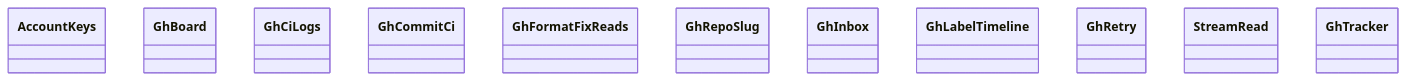
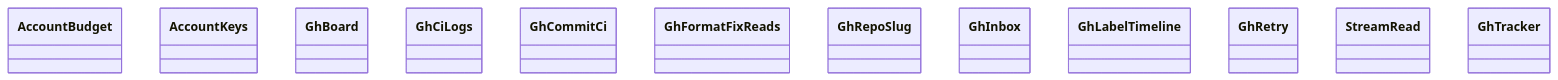
One commit to GonzaloZevallos/agentic-system changed the diagram in docs/architecture/generated/classes-process-adapters-github.md. Above: the diagram before and after it, drawn with Mermaid. The commit also changed 8 other files, not shown here.

Commit message:
Regenerate class docs and describe observe and GithubBudget in the components table

````diff
--- a/docs/architecture/generated/classes-process-adapters-github.md
+++ b/docs/architecture/generated/classes-process-adapters-github.md
@@ -12,14 +12,15 @@
 ```mermaid
 classDiagram
+    class github__account__AccountBudget["AccountBudget"]
     class github__account__AccountKeys["AccountKeys"]
     class github__board__GhBoard["GhBoard"]
     class github__ci_logs__GhCiLogs["GhCiLogs"]
     class github__commit_ci__GhCommitCi["GhCommitCi"]
     class github__format_fix_reads__GhFormatFixReads["GhFormatFixReads"]
     class github__format_fix_reads__GhRepoSlug["GhRepoSlug"]
     class github__inbox__GhInbox["GhInbox"]
     class github__label_timeline__GhLabelTimeline["GhLabelTimeline"]
     class github__run__GhRetry["GhRetry"]
     class github__run__StreamRead["StreamRead"]
     class github__tracker__GhTracker["GhTracker"]
 ```
````
